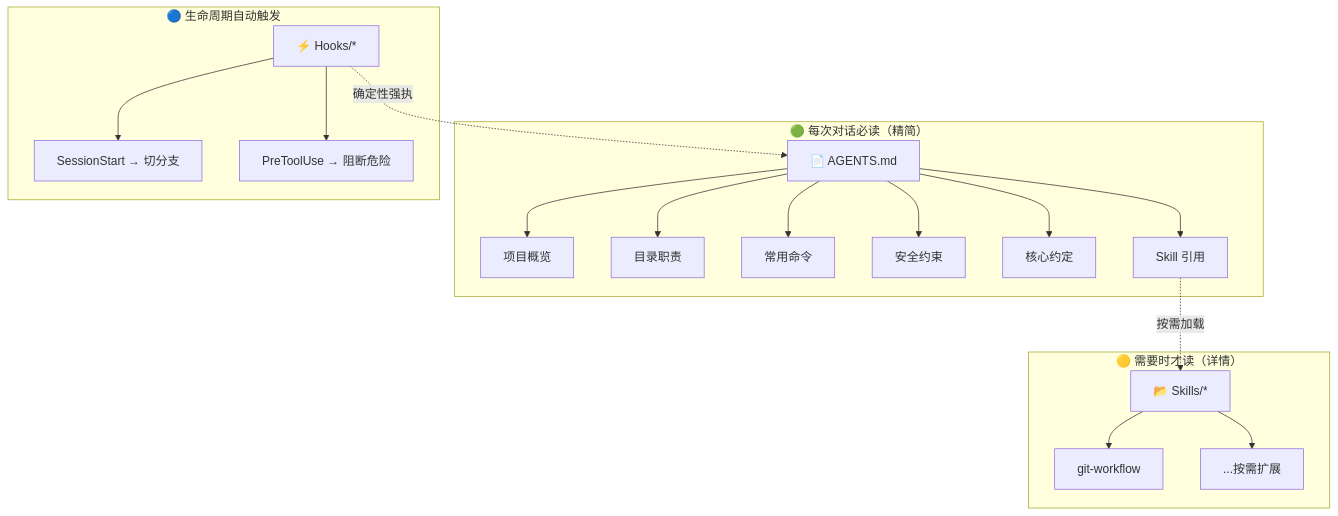
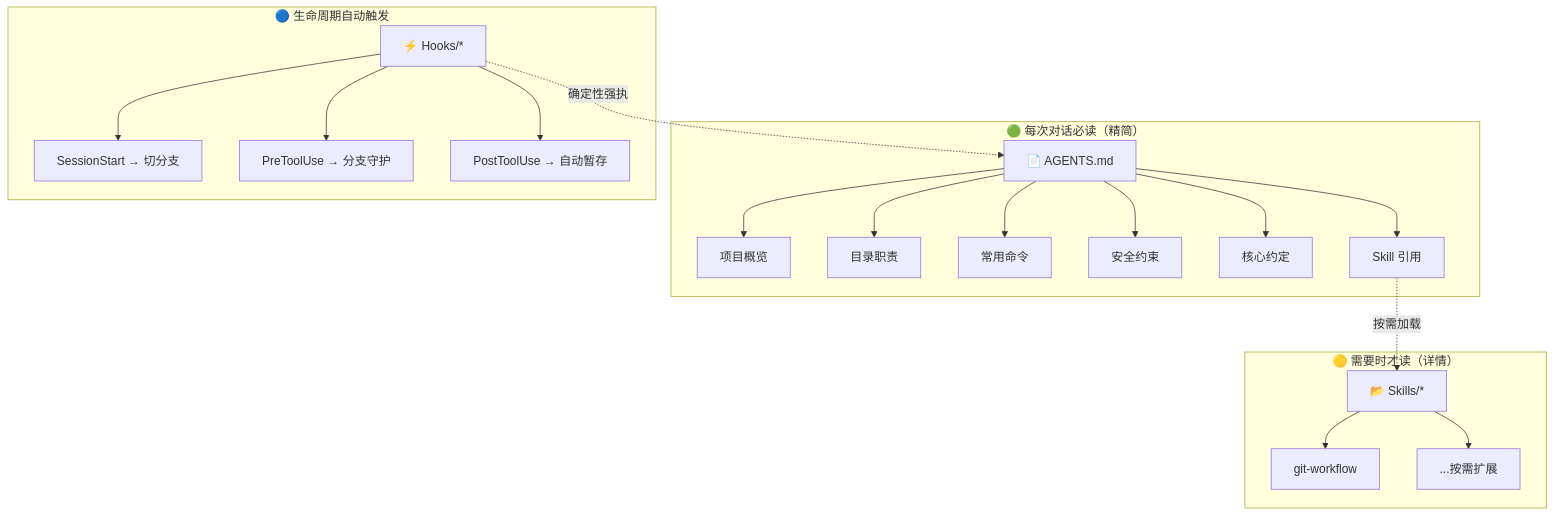
Before and after one commit to haruhiro-lain/haruhiro-lain.github.io: the diagram in src/content/learning/others/2026--05--17_copilot-agent-config.md, drawn with Mermaid. The commit also changed other lines of this file and 2 other files, not shown here.

````diff
--- a/src/content/learning/others/2026--05--17_copilot-agent-config.md
+++ b/src/content/learning/others/2026--05--17_copilot-agent-config.md
@@ -25,37 +25,39 @@
 ```mermaid
 flowchart TD
     subgraph ALWAYS["🟢 每次对话必读（精简）"]
         AGENTS["📄 AGENTS.md"]
         A1["项目概览"]
         A2["目录职责"]
         A3["常用命令"]
         A4["安全约束"]
         A5["核心约定"]
         A6["Skill 引用"]
         AGENTS --> A1
         AGENTS --> A2
         AGENTS --> A3
         AGENTS --> A4
         AGENTS --> A5
         AGENTS --> A6
     end
 
     subgraph ONDEMAND["🟡 需要时才读（详情）"]
         SKILLS["📂 Skills/*"]
         S1["git-workflow"]
         S2["...按需扩展"]
         SKILLS --> S1
         SKILLS --> S2
     end
 
     subgraph LIFECYCLE["🔵 生命周期自动触发"]
         HOOKS["⚡ Hooks/*"]
         H1["SessionStart → 切分支"]
-        H2["PreToolUse → 阻断危险"]
+        H2["PreToolUse → 分支守护"]
+        H3["PostToolUse → 自动暂存"]
         HOOKS --> H1
         HOOKS --> H2
+        HOOKS --> H3
     end
 
     A6 -.->|"按需加载"| SKILLS
     HOOKS -.->|"确定性强执"| AGENTS
 ```
````
